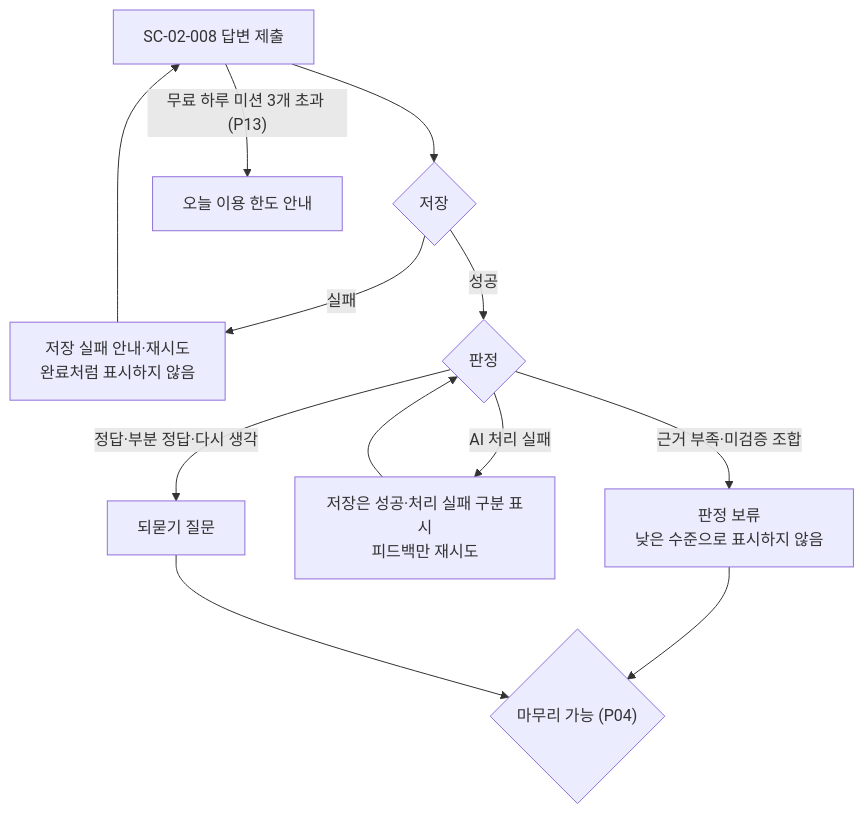
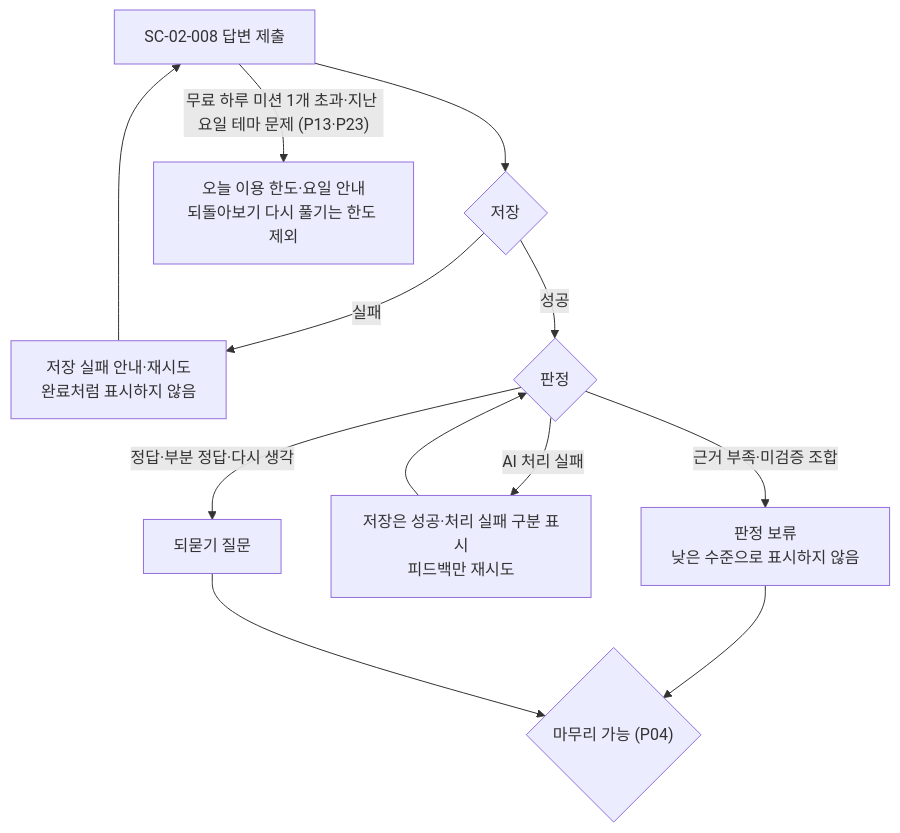
Before and after one commit to SKNETWORKS-FAMILY-AICAMP/SKN34-FINAL-3TEAM: the seventh of 12 diagrams in docs/design/user-flow.md, drawn with Mermaid. The commit also changed other lines of this file and 20 other files, not shown here.

````diff
--- a/docs/design/user-flow.md
+++ b/docs/design/user-flow.md
@@ -246,12 +268,12 @@
 ```mermaid
 flowchart TD
   W["SC-02-008 답변 제출"] --> S{"저장"}
   S -->|"실패"| F1["저장 실패 안내·재시도<br/>완료처럼 표시하지 않음"] --> W
   S -->|"성공"| J{"판정"}
   J -->|"근거 부족·미검증 조합"| H["판정 보류<br/>낮은 수준으로 표시하지 않음"]
   J -->|"AI 처리 실패"| F2["저장은 성공·처리 실패 구분 표시<br/>피드백만 재시도"] --> J
   J -->|"정답·부분 정답·다시 생각"| FB["되묻기 질문"]
   H --> FIN{"마무리 가능 (P04)"}
   FB --> FIN
-  W -->|"무료 하루 미션 3개 초과 (P13)"| LIM["오늘 이용 한도 안내"]
+  W -->|"무료 하루 미션 1개 초과·지난 요일 테마 문제 (P13·P23)"| LIM["오늘 이용 한도·요일 안내<br/>되돌아보기 다시 풀기는 한도 제외"]
 ```
````
